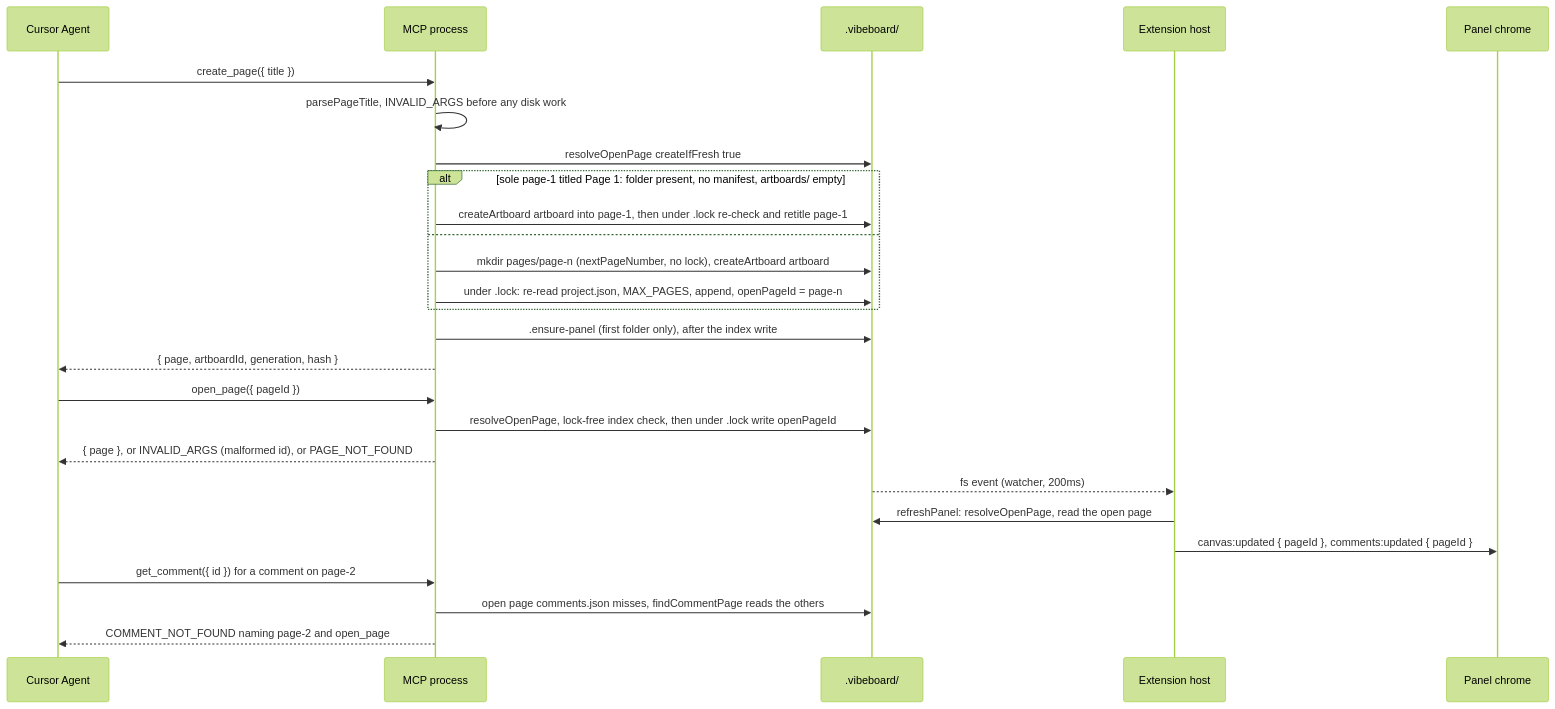
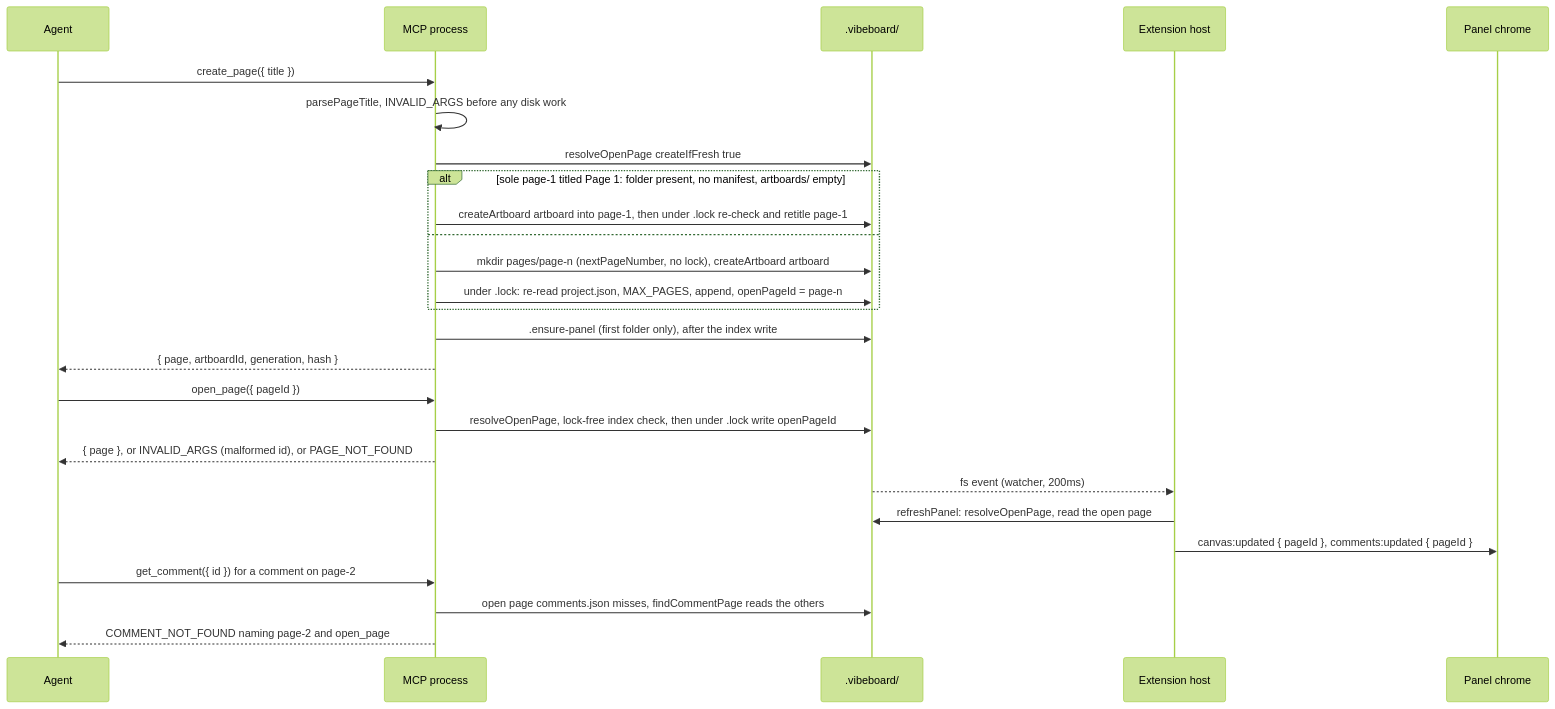
Before and after one commit to MarekBombera/cursor-design-extension: the third of 18 diagrams in blueprint/context/system-map.md, drawn with Mermaid (forest theme). The commit also changed other lines of this file and 29 other files, not shown here.

````diff
--- a/blueprint/context/system-map.md
+++ b/blueprint/context/system-map.md
@@ -184,28 +187,28 @@
 ```mermaid
 sequenceDiagram
-  participant A as Cursor Agent
+  participant A as Agent
   participant M as MCP process
   participant D as .vibeboard/
   participant H as Extension host
   participant C as Panel chrome
   A->>M: create_page({ title })
   M->>M: parsePageTitle, INVALID_ARGS before any disk work
   M->>D: resolveOpenPage createIfFresh true
   alt sole page-1 titled Page 1: folder present, no manifest, artboards/ empty
     M->>D: createArtboard artboard into page-1, then under .lock re-check and retitle page-1
   else
     M->>D: mkdir pages/page-n (nextPageNumber, no lock), createArtboard artboard
     M->>D: under .lock: re-read project.json, MAX_PAGES, append, openPageId = page-n
   end
   M->>D: .ensure-panel (first folder only), after the index write
   M-->>A: { page, artboardId, generation, hash }
   A->>M: open_page({ pageId })
   M->>D: resolveOpenPage, lock-free index check, then under .lock write openPageId
   M-->>A: { page }, or INVALID_ARGS (malformed id), or PAGE_NOT_FOUND
   D-->>H: fs event (watcher, 200ms)
   H->>D: refreshPanel: resolveOpenPage, read the open page
   H->>C: canvas:updated { pageId }, comments:updated { pageId }
   A->>M: get_comment({ id }) for a comment on page-2
   M->>D: open page comments.json misses, findCommentPage reads the others
   M-->>A: COMMENT_NOT_FOUND naming page-2 and open_page
 ```
````
